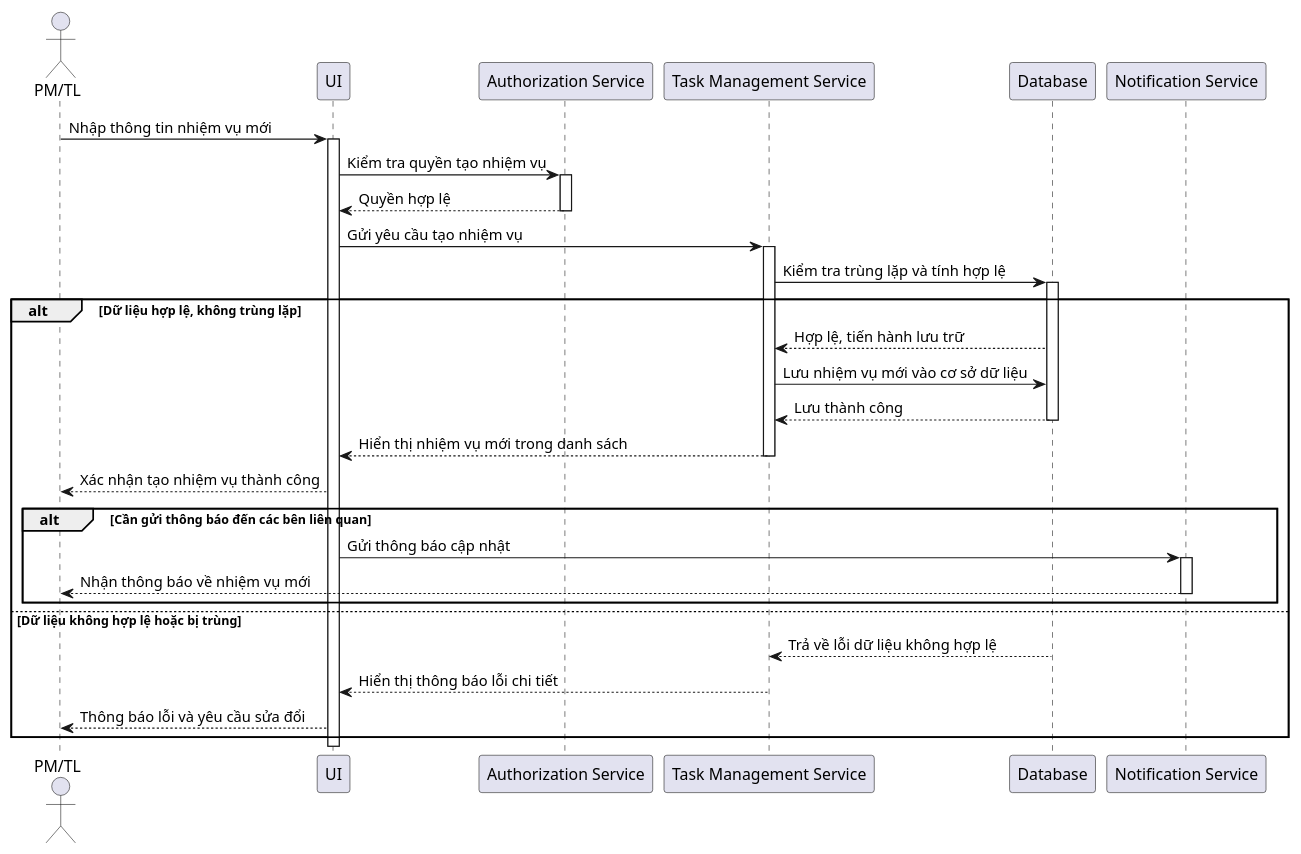
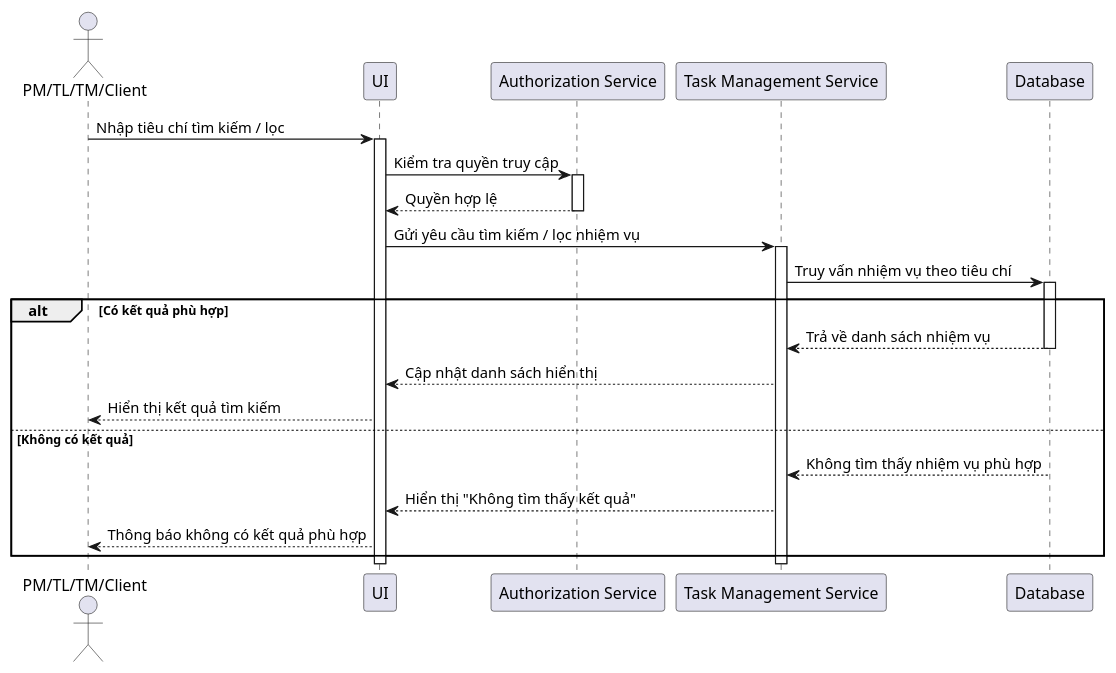
Before and after one commit to MaiDucDuy05/UML: the diagram in module3/TimKiemLoc.puml, drawn with PlantUML. The commit also changed 12 other files, not shown here.

```diff
--- a/module3/TimKiemLoc.puml
+++ b/module3/TimKiemLoc.puml
@@ -1,51 +1,41 @@
 @startuml
-actor "PM/TL" as User
+actor "PM/TL/TM/Client" as User
 
 participant "UI" as UI
 participant "Authorization Service"
 participant "Task Management Service" as System
 participant "Database" as DB
-participant "Notification Service"
 
-User -> UI: Nhập thông tin nhiệm vụ mới
+User -> UI: Nhập tiêu chí tìm kiếm / lọc
 activate UI
 
-UI -> "Authorization Service": Kiểm tra quyền tạo nhiệm vụ
+UI -> "Authorization Service": Kiểm tra quyền truy cập
 activate "Authorization Service"
 
 "Authorization Service" --> UI: Quyền hợp lệ
 deactivate "Authorization Service"
 
-UI -> System: Gửi yêu cầu tạo nhiệm vụ
+UI -> System: Gửi yêu cầu tìm kiếm / lọc nhiệm vụ
 activate System
 
-System -> DB: Kiểm tra trùng lặp và tính hợp lệ
+System -> DB: Truy vấn nhiệm vụ theo tiêu chí
 activate DB
 
-alt Dữ liệu hợp lệ, không trùng lặp
-    DB --> System: Hợp lệ, tiến hành lưu trữ
-    System -> DB: Lưu nhiệm vụ mới vào cơ sở dữ liệu
-    DB --> System: Lưu thành công
+alt Có kết quả phù hợp
+    DB --> System: Trả về danh sách nhiệm vụ
     deactivate DB
 
-    System --> UI: Hiển thị nhiệm vụ mới trong danh sách
-    deactivate System
-    UI --> User: Xác nhận tạo nhiệm vụ thành công
+    System --> UI: Cập nhật danh sách hiển thị
+    UI --> User: Hiển thị kết quả tìm kiếm
 
-    alt Cần gửi thông báo đến các bên liên quan
-        UI -> "Notification Service": Gửi thông báo cập nhật
-        activate "Notification Service"
-        "Notification Service" --> User: Nhận thông báo về nhiệm vụ mới
-        deactivate "Notification Service"
-    end
-
-else Dữ liệu không hợp lệ hoặc bị trùng
-    DB --> System: Trả về lỗi dữ liệu không hợp lệ
+else Không có kết quả
+    DB --> System: Không tìm thấy nhiệm vụ phù hợp
     deactivate DB
 
-    System --> UI: Hiển thị thông báo lỗi chi tiết
-    deactivate System
-    UI --> User: Thông báo lỗi và yêu cầu sửa đổi
+    System --> UI: Hiển thị "Không tìm thấy kết quả"
+    UI --> User: Thông báo không có kết quả phù hợp
 end
 
+deactivate System
+deactivate UI
 @enduml
```
